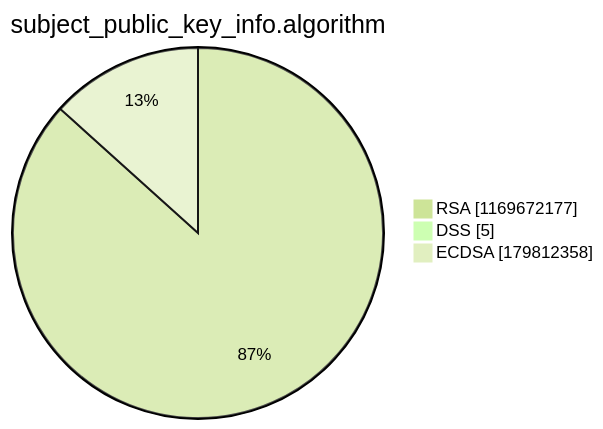
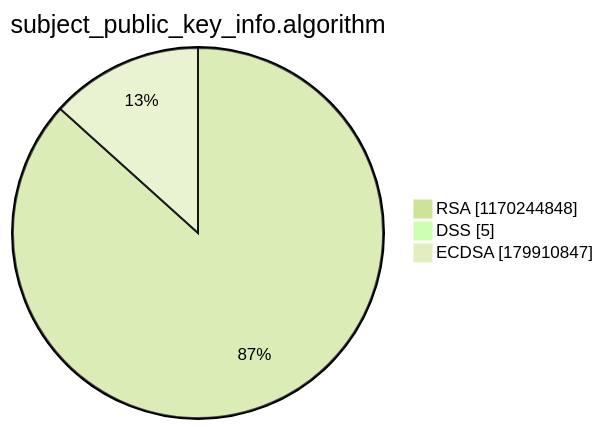
One commit to christiankrug/ctmonitor_visualization changed the third of 15 diagrams in argon2022/README.md. Above: the diagram before and after it, drawn with Mermaid (forest theme). The commit also changed other lines of this file, not shown here.

````diff
--- a/argon2022/README.md
+++ b/argon2022/README.md
@@ -14,7 +14,7 @@
 ```mermaid
 pie showData
 title subject_public_key_info.algorithm
-"RSA" :1169672177
+"RSA" :1170244848
 "DSS" :5
-"ECDSA" :179812358
+"ECDSA" :179910847
 ```
````
